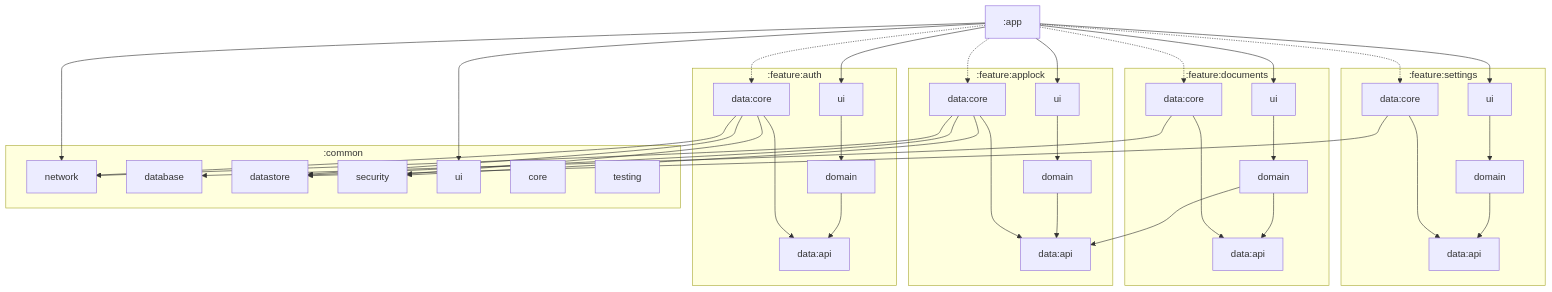
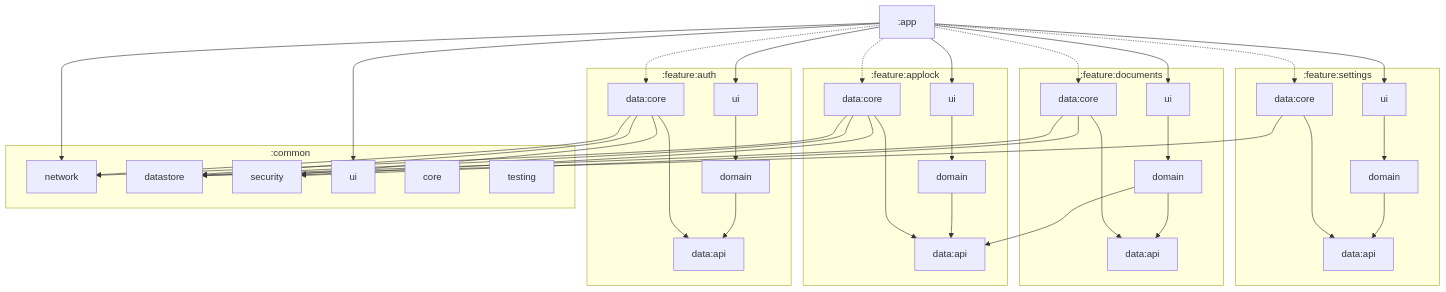
The diagram in README.md (kristiankosharov/Vigil), drawn with Mermaid before and after one commit. The commit also changed other lines of this file and 49 other files, not shown here.

First line of the commit message:
Envelope-encrypted documents in DataStore; remove the database

````diff
--- a/README.md
+++ b/README.md
@@ -208,43 +208,42 @@
 ```mermaid
 flowchart TD
     app[":app"]
 
     subgraph auth [":feature:auth"]
         authUi["ui"] --> authDomain["domain"] --> authApi["data:api"]
         authCore["data:core"] --> authApi
     end
 
     subgraph applock [":feature:applock"]
         applockUi["ui"] --> applockDomain["domain"] --> applockApi["data:api"]
         applockCore["data:core"] --> applockApi
     end
 
     subgraph documents [":feature:documents"]
         documentsUi["ui"] --> documentsDomain["domain"] --> documentsApi["data:api"]
         documentsCore["data:core"] --> documentsApi
     end
 
     subgraph settings [":feature:settings"]
         settingsUi["ui"] --> settingsDomain["domain"] --> settingsApi["data:api"]
         settingsCore["data:core"] --> settingsApi
     end
 
     subgraph common [":common"]
         network["network"]
-        database["database"]
         datastore["datastore"]
         security["security"]
         commonUi["ui"]
         core["core"]
         testing["testing"]
     end
 
     app --> authUi & applockUi & documentsUi & settingsUi
     app -.-> authCore & applockCore & documentsCore & settingsCore
     app --> commonUi & network
     authCore --> network & datastore & security
     applockCore --> network & datastore & security
-    documentsCore --> database
+    documentsCore --> datastore & security
     documentsDomain --> applockApi
     settingsCore --> datastore
 ```
````
